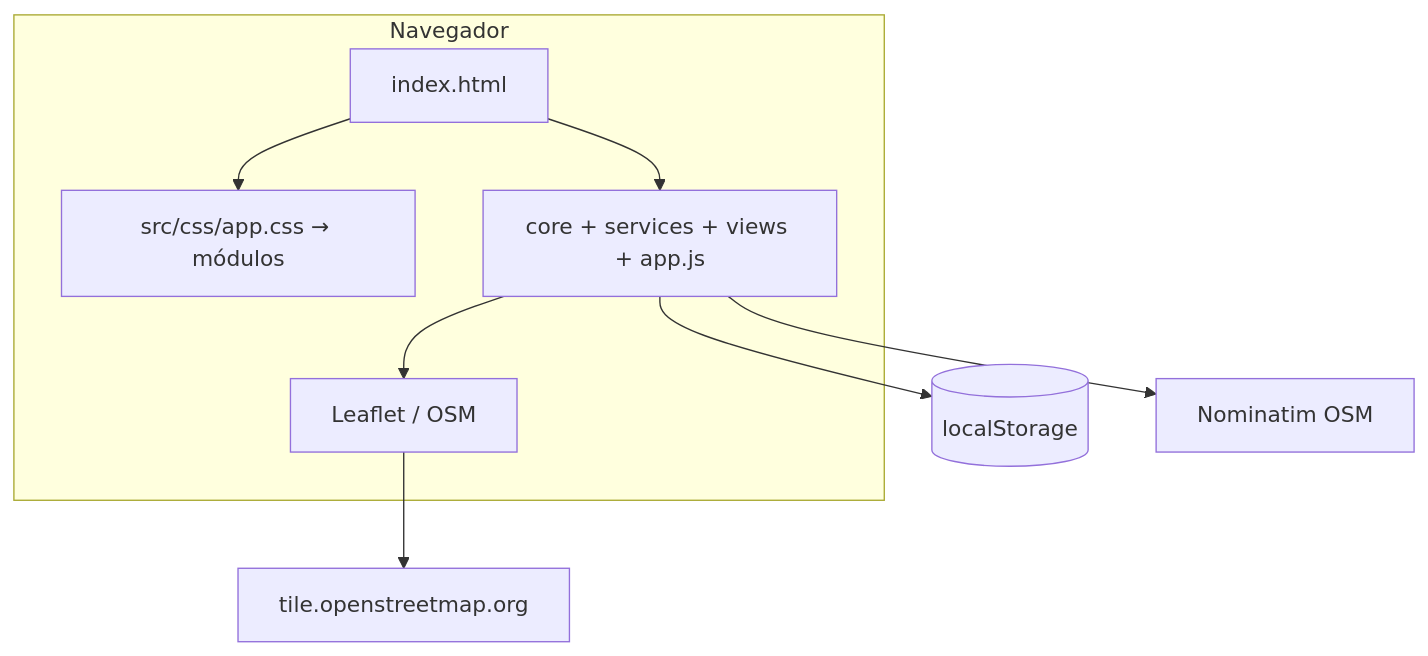
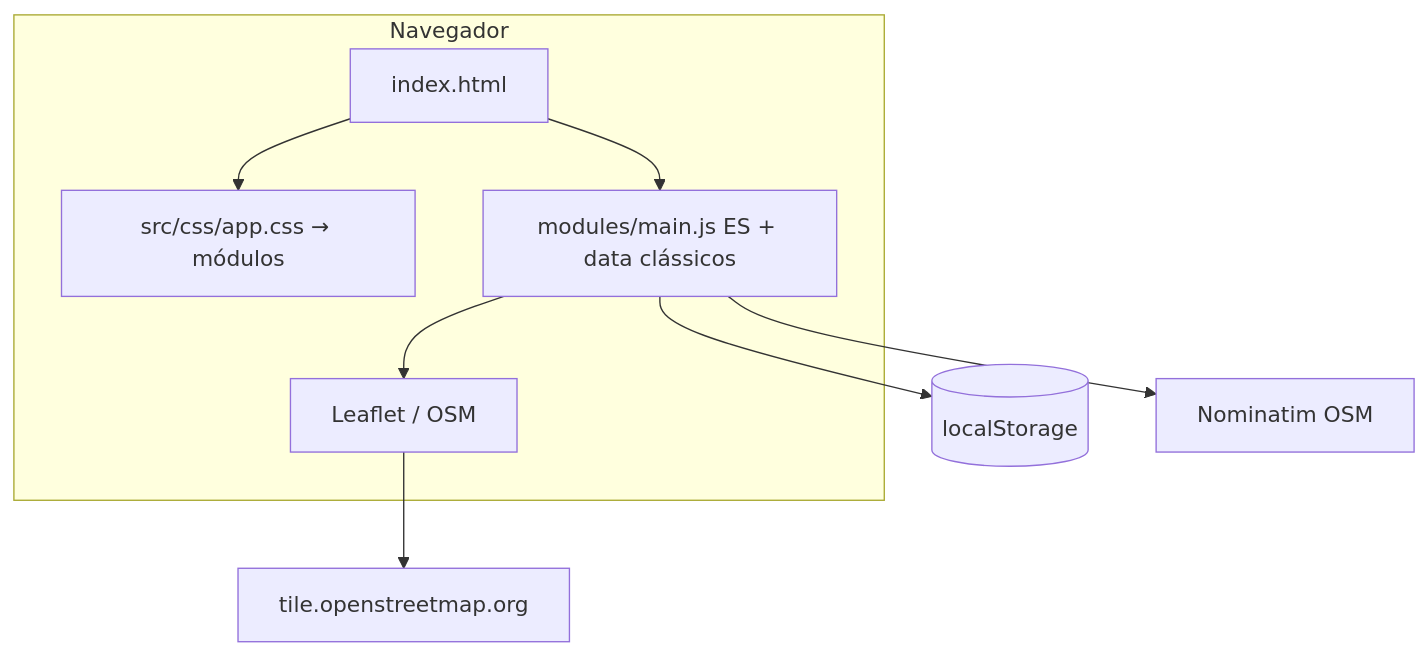
Before and after one commit to Walter-Henri/CAD1: the first of 9 diagrams in DOCUMENTACAO_INFRAESTRUTURA.md, drawn with Mermaid. The commit also changed 14 other files, not shown here.

````diff
--- a/DOCUMENTACAO_INFRAESTRUTURA.md
+++ b/DOCUMENTACAO_INFRAESTRUTURA.md
@@ -51,15 +51,15 @@
 ```mermaid
 flowchart TB
   subgraph browser [Navegador]
     HTML[index.html]
     CSS[src/css/app.css → módulos]
-    JS[core + services + views + app.js]
+    JS[modules/main.js ES + data clássicos]
     MAP[Leaflet / OSM]
   end
   HTML --> CSS
   HTML --> JS
   JS --> MAP
   JS --> LS[(localStorage)]
   JS --> NOM[Nominatim OSM]
   MAP --> TILES[tile.openstreetmap.org]
 ```
````
